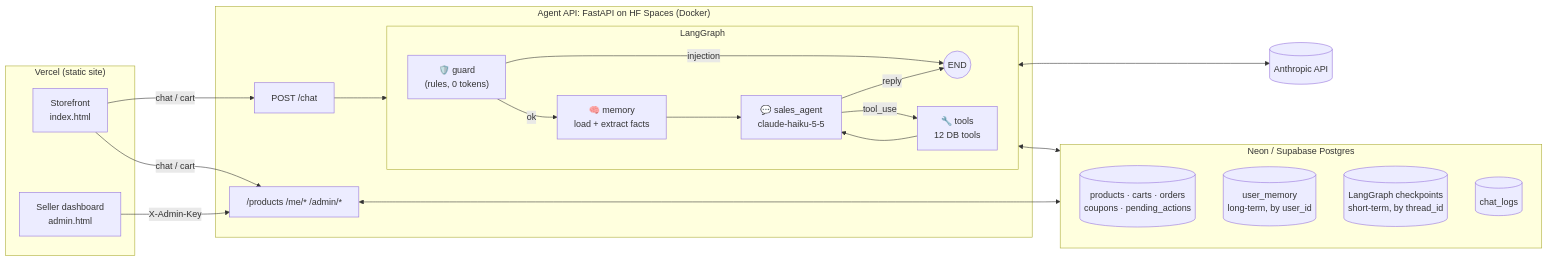
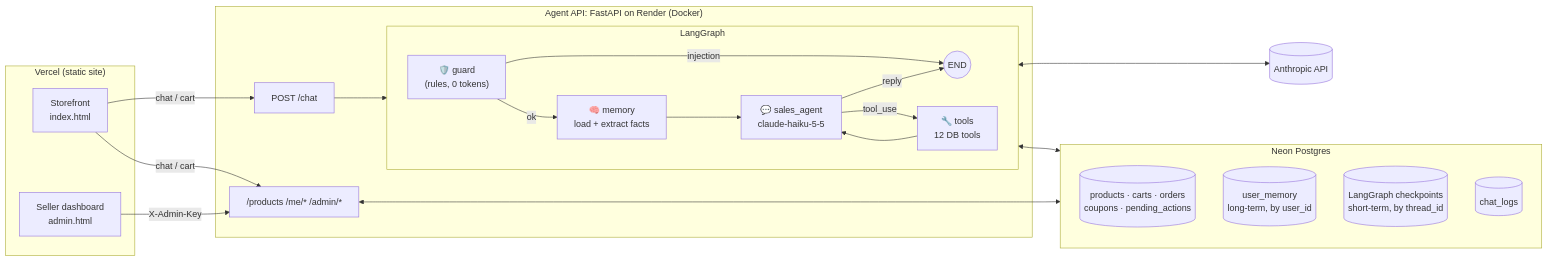
The diagram in README.md (AhyanAliKhan/shopbot), drawn with Mermaid before and after one commit. The commit also changed other lines of this file and 2 other files, not shown here.

Commit message:
README: live URLs and Render deploy steps

````diff
--- a/README.md
+++ b/README.md
@@ -21,31 +21,31 @@
 ```mermaid
 flowchart LR
   subgraph Vercel["Vercel (static site)"]
     S[Storefront<br/>index.html] 
     A[Seller dashboard<br/>admin.html]
   end
-  subgraph API["Agent API: FastAPI on HF Spaces (Docker)"]
+  subgraph API["Agent API: FastAPI on Render (Docker)"]
     C["POST /chat"] --> G
     subgraph G["LangGraph"]
       direction LR
       guard["🛡️ guard<br/>(rules, 0 tokens)"] -->|ok| mem["🧠 memory<br/>load + extract facts"]
       guard -->|injection| endn((END))
       mem --> agent["💬 sales_agent<br/>claude-haiku-5-5"]
       agent -->|tool_use| tools["🔧 tools<br/>12 DB tools"]
       tools --> agent
       agent -->|reply| endn
     end
     R["/products /me/* /admin/*"]
   end
-  subgraph DB["Neon / Supabase Postgres"]
+  subgraph DB["Neon Postgres"]
     T1[(products · carts · orders<br/>coupons · pending_actions)]
     T2[(user_memory<br/>long-term, by user_id)]
     T3[(LangGraph checkpoints<br/>short-term, by thread_id)]
     T4[(chat_logs)]
   end
   S -- chat / cart --> C & R
   A -- X-Admin-Key --> R
   G <--> DB
   R <--> DB
   agent <--> Claude[(Anthropic API)]
 ```
````
